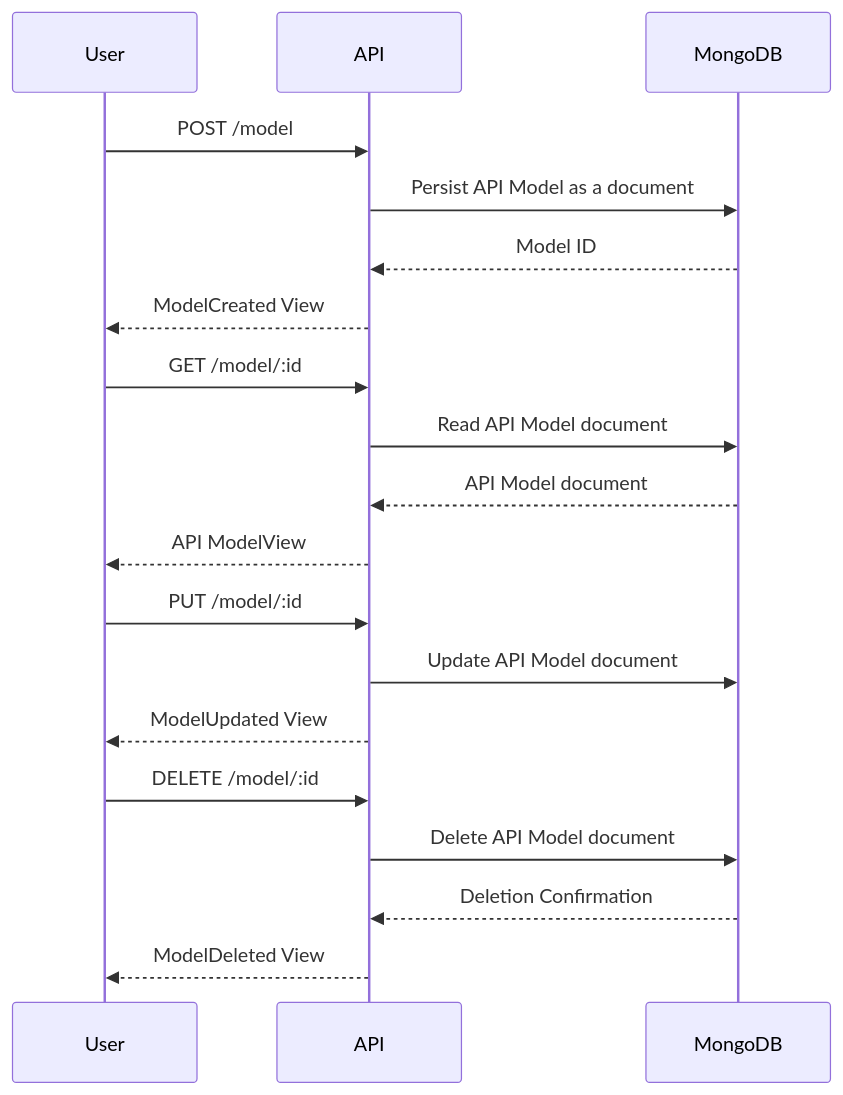
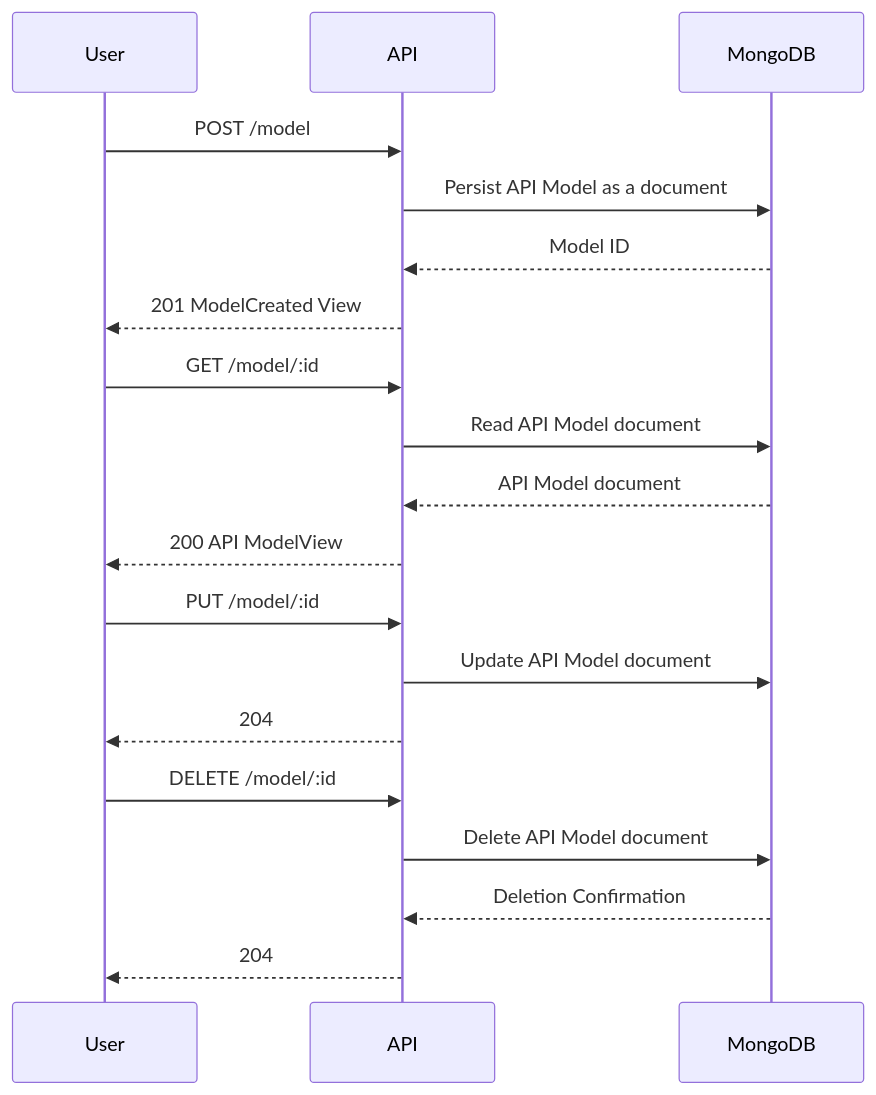
The first of 2 diagrams in README.md (RocketPy-Team/Infinity-API), drawn with Mermaid before and after one commit. The commit also changed other lines of this file and 17 other files, not shown here.

````diff
--- a/README.md
+++ b/README.md
@@ -96,26 +96,26 @@
 ```mermaid
 sequenceDiagram
     participant User
     participant API
     participant MongoDB
 
     User ->> API: POST /model    
     API ->> MongoDB: Persist API Model as a document
     MongoDB -->> API: Model ID
-    API -->> User: ModelCreated View
+    API -->> User: 201 ModelCreated View
 
     User ->> API: GET /model/:id
     API ->> MongoDB: Read API Model document
     MongoDB -->> API: API Model document
-    API -->> User: API ModelView
+    API -->> User: 200 API ModelView
 
     User ->> API: PUT /model/:id
     API ->> MongoDB: Update API Model document
-    API -->> User: ModelUpdated View
+    API -->> User: 204
 
     User ->> API: DELETE /model/:id
     API ->> MongoDB: Delete API Model document
     MongoDB -->> API: Deletion Confirmation
-    API -->> User: ModelDeleted View
+    API -->> User: 204
 
 ```
````
